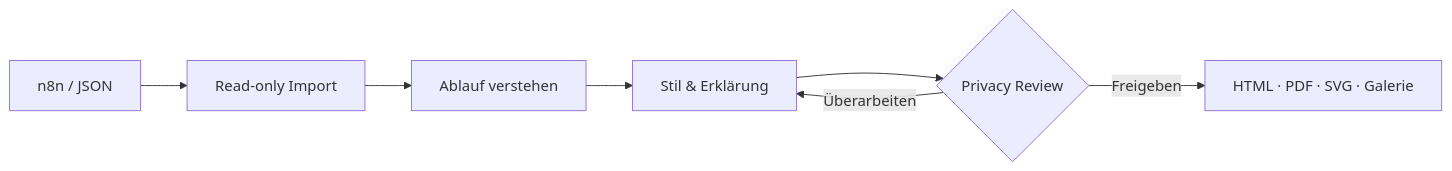
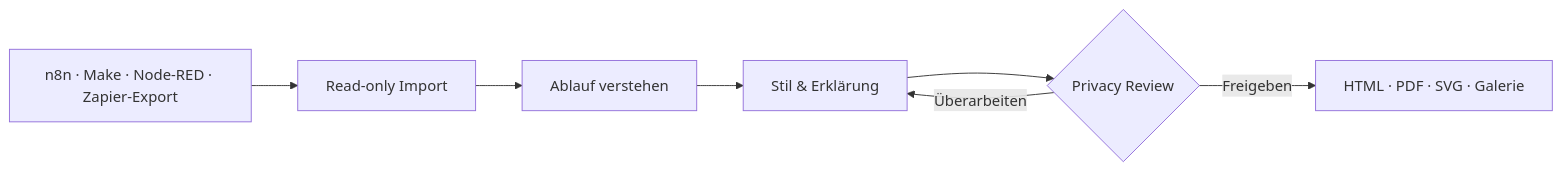
One commit to rootkid-code/showcase-studio-releases changed the diagram in README.md. Above: the diagram before and after it, drawn with Mermaid. The commit also changed other lines of this file and 1 other file, not shown here.

````diff
--- a/README.md
+++ b/README.md
@@ -39,9 +39,9 @@
 ```mermaid
 flowchart LR
-    A["n8n / JSON"] --> B["Read-only Import"]
+    A["n8n · Make · Node-RED · Zapier-Export"] --> B["Read-only Import"]
     B --> C["Ablauf verstehen"]
     C --> D["Stil & Erklärung"]
     D --> E{"Privacy Review"}
     E -->|"Überarbeiten"| D
     E -->|"Freigeben"| F["HTML · PDF · SVG · Galerie"]
 ```
````
